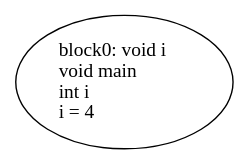
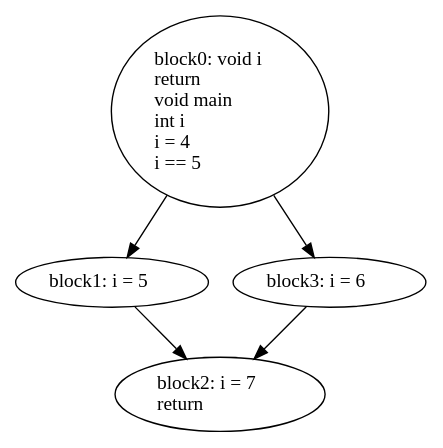
The diagram in foo.dot (jimmyz42/CCompiler), drawn with Graphviz before and after one commit. The commit also changed 3 other files, not shown here.

```diff
--- a/foo.dot
+++ b/foo.dot
@@ -1,3 +1,10 @@
 digraph G {
-  block0 [ label="block0: void\ i\lvoid\ main\lint\ i\li\ =\ 4\l" ];
+  block0 [ label="block0: void\ i\lreturn\ \lvoid\ main\lint\ i\li\ =\ 4\li\ ==\ 5\l" ];
+  block1 [ label="block1: i\ =\ 5\l" ];
+  block2 [ label="block2: i\ =\ 7\lreturn\ \l" ];
+  block3 [ label="block3: i\ =\ 6\l" ];
+  block0 -> block1;
+  block1 -> block2;
+  block0 -> block3;
+  block3 -> block2;
 }
```
